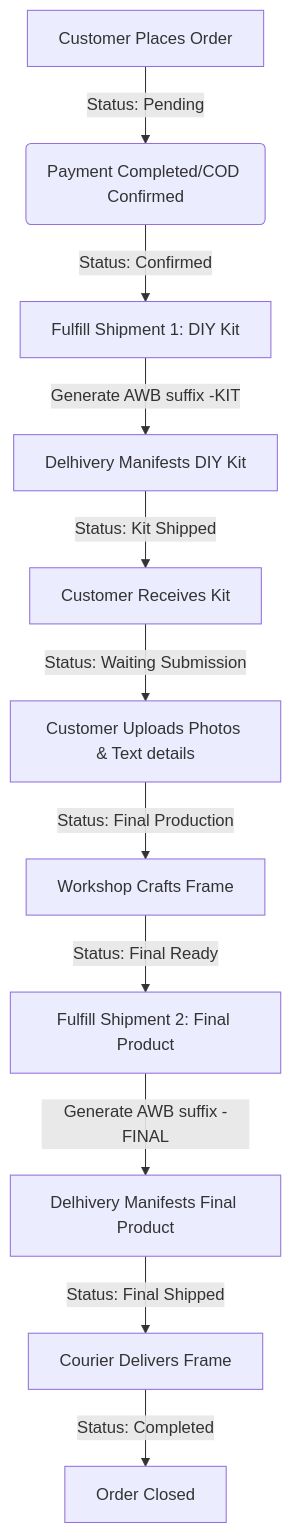
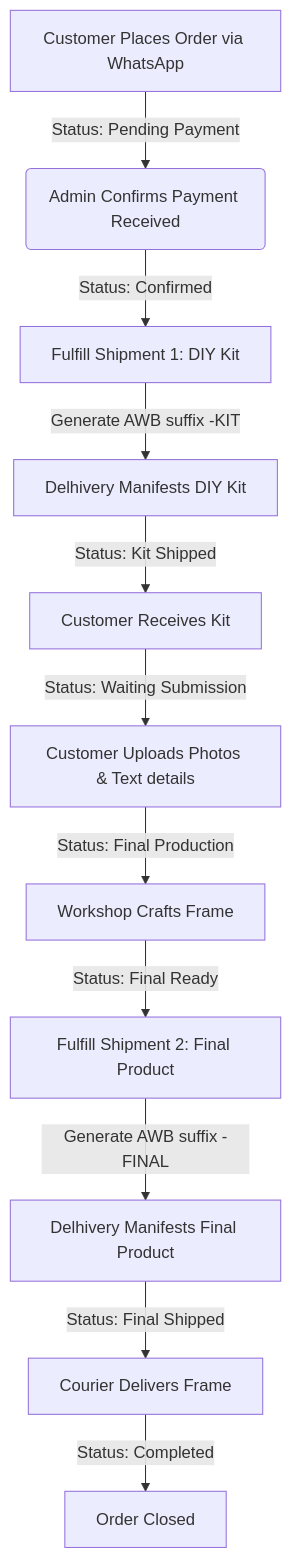
One commit to devanshusgit/makemymemory changed the diagram in README.md. Above: the diagram before and after it, drawn with Mermaid. The commit also changed other lines of this file and 31 other files, not shown here.

First line of the commit message:
Replace payment gateways with WhatsApp checkout; hide customer login

````diff
--- a/README.md
+++ b/README.md
@@ -23,13 +23,13 @@
 ```mermaid
 graph TD
-    A[Customer Places Order] -->|Status: Pending| B(Payment Completed/COD Confirmed)
+    A[Customer Places Order via WhatsApp] -->|Status: Pending Payment| B(Admin Confirms Payment Received)
     B -->|Status: Confirmed| C[Fulfill Shipment 1: DIY Kit]
     C -->|Generate AWB suffix -KIT| D[Delhivery Manifests DIY Kit]
     D -->|Status: Kit Shipped| E[Customer Receives Kit]
     E -->|Status: Waiting Submission| F[Customer Uploads Photos & Text details]
     F -->|Status: Final Production| G[Workshop Crafts Frame]
     G -->|Status: Final Ready| H[Fulfill Shipment 2: Final Product]
     H -->|Generate AWB suffix -FINAL| I[Delhivery Manifests Final Product]
     I -->|Status: Final Shipped| J[Courier Delivers Frame]
     J -->|Status: Completed| K[Order Closed]
 ```
````
